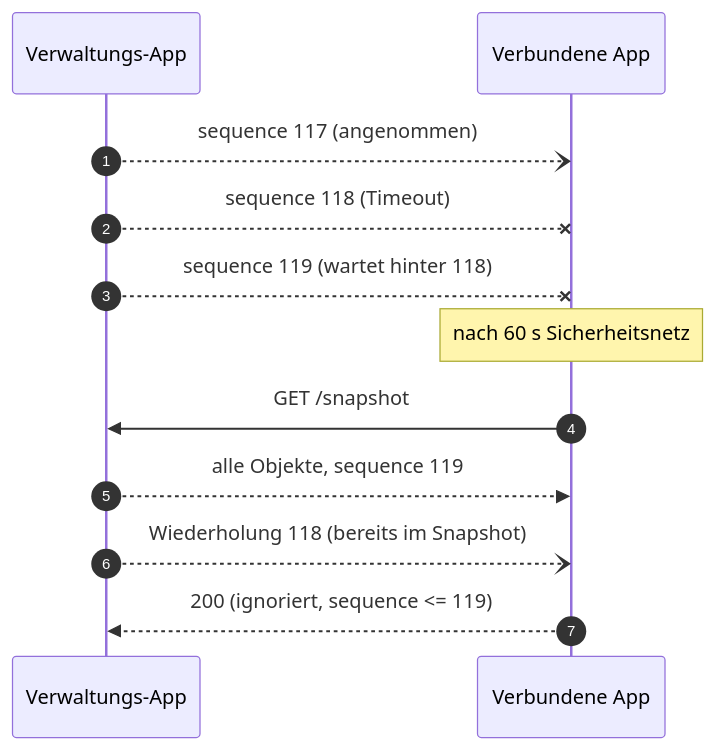
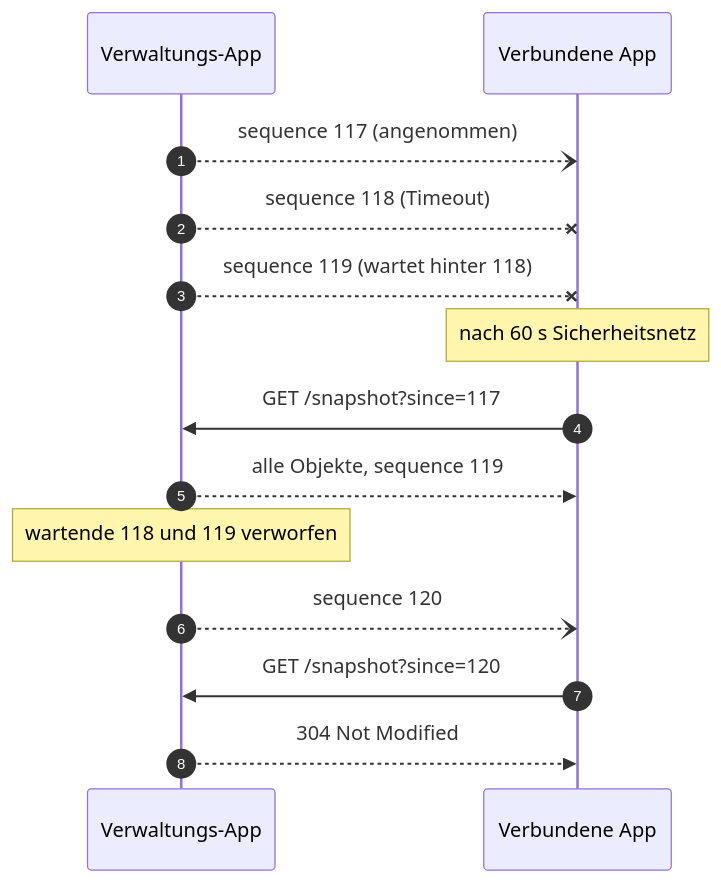
The diagram in core/docs/03-benachrichtigungen.md (BSApp-DE/BowFlow), drawn with Mermaid before and after one commit. The commit also changed other lines of this file and 2 other files, not shown here.

First line of the commit message:
Drop queued notifications after snapshot, add since/304

````diff
--- a/core/docs/03-benachrichtigungen.md
+++ b/core/docs/03-benachrichtigungen.md
@@ -49,15 +58,17 @@
 ```mermaid
 sequenceDiagram
     autonumber
     participant V as Verwaltungs-App
     participant P as Verbundene App
 
     V--)P: sequence 117 (angenommen)
     V--xP: sequence 118 (Timeout)
     V--xP: sequence 119 (wartet hinter 118)
     Note over P: nach 60 s Sicherheitsnetz
-    P->>V: GET /snapshot
+    P->>V: GET /snapshot?since=117
     V-->>P: alle Objekte, sequence 119
-    V--)P: Wiederholung 118 (bereits im Snapshot)
-    P-->>V: 200 (ignoriert, sequence <= 119)
+    Note over V: wartende 118 und 119 verworfen
+    V--)P: sequence 120
+    P->>V: GET /snapshot?since=120
+    V-->>P: 304 Not Modified
 ```
````
